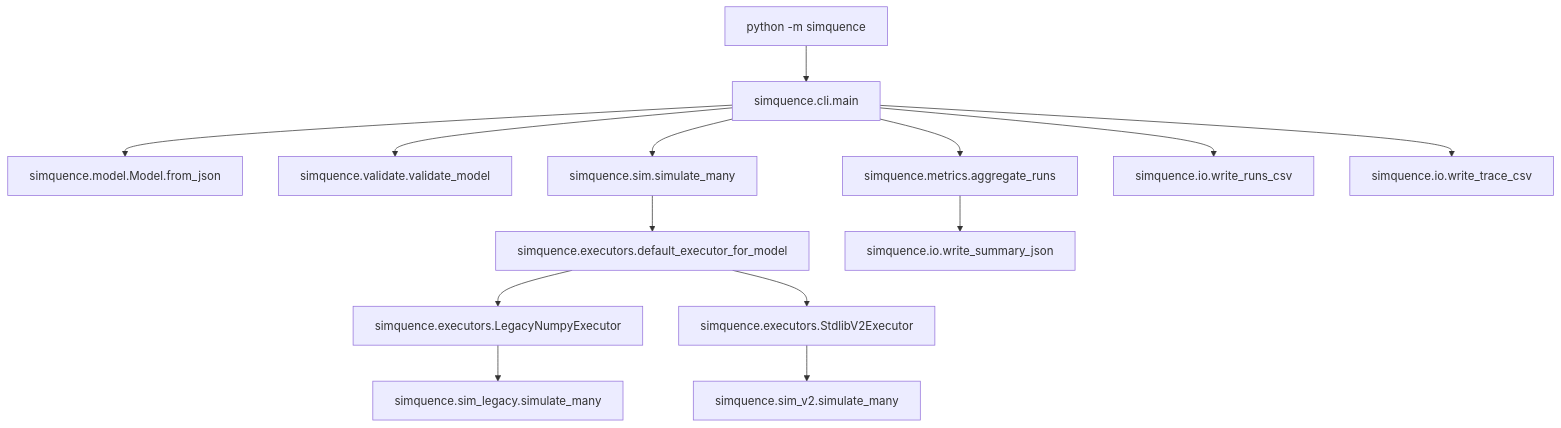
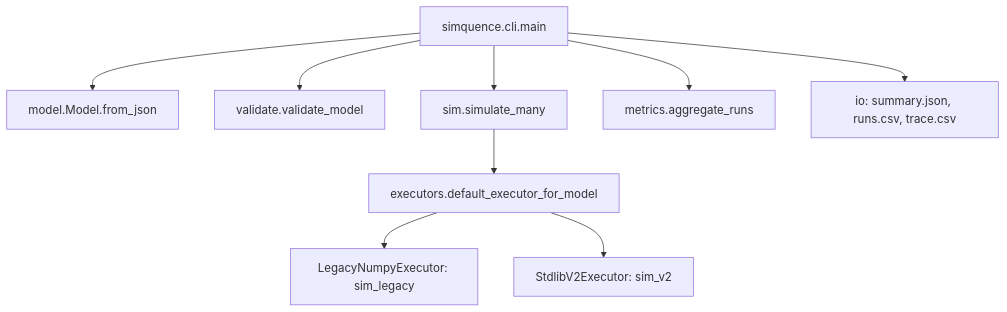
Before and after one commit to oernster/Simquence: the first of 2 diagrams in ARCHITECTURE.md, drawn with Mermaid. The commit also changed other lines of this file and 14 other files, not shown here.

````diff
--- a/ARCHITECTURE.md
+++ b/ARCHITECTURE.md
@@ -144,16 +56,11 @@
 ```mermaid
 flowchart TD
-  CLIEntry[python -m simquence] --> CLI[simquence.cli.main]
-  CLI --> Parse[simquence.model.Model.from_json]
-  CLI --> Validate[simquence.validate.validate_model]
-  CLI --> Sim[simquence.sim.simulate_many]
-  Sim --> Pick[simquence.executors.default_executor_for_model]
-  Pick --> Legacy[simquence.executors.LegacyNumpyExecutor]
-  Pick --> V2[simquence.executors.StdlibV2Executor]
-  Legacy --> LSim[simquence.sim_legacy.simulate_many]
-  V2 --> V2Sim[simquence.sim_v2.simulate_many]
-  CLI --> Metrics[simquence.metrics.aggregate_runs]
-  Metrics --> Summary[simquence.io.write_summary_json]
-  CLI --> Runs[simquence.io.write_runs_csv]
-  CLI --> Trace[simquence.io.write_trace_csv]
+  CLI[simquence.cli.main] --> Parse[model.Model.from_json]
+  CLI --> Validate[validate.validate_model]
+  CLI --> Sim[sim.simulate_many]
+  Sim --> Pick[executors.default_executor_for_model]
+  Pick --> Legacy[LegacyNumpyExecutor: sim_legacy]
+  Pick --> V2[StdlibV2Executor: sim_v2]
+  CLI --> Metrics[metrics.aggregate_runs]
+  CLI --> Out[io: summary.json, runs.csv, trace.csv]
 ```
````
